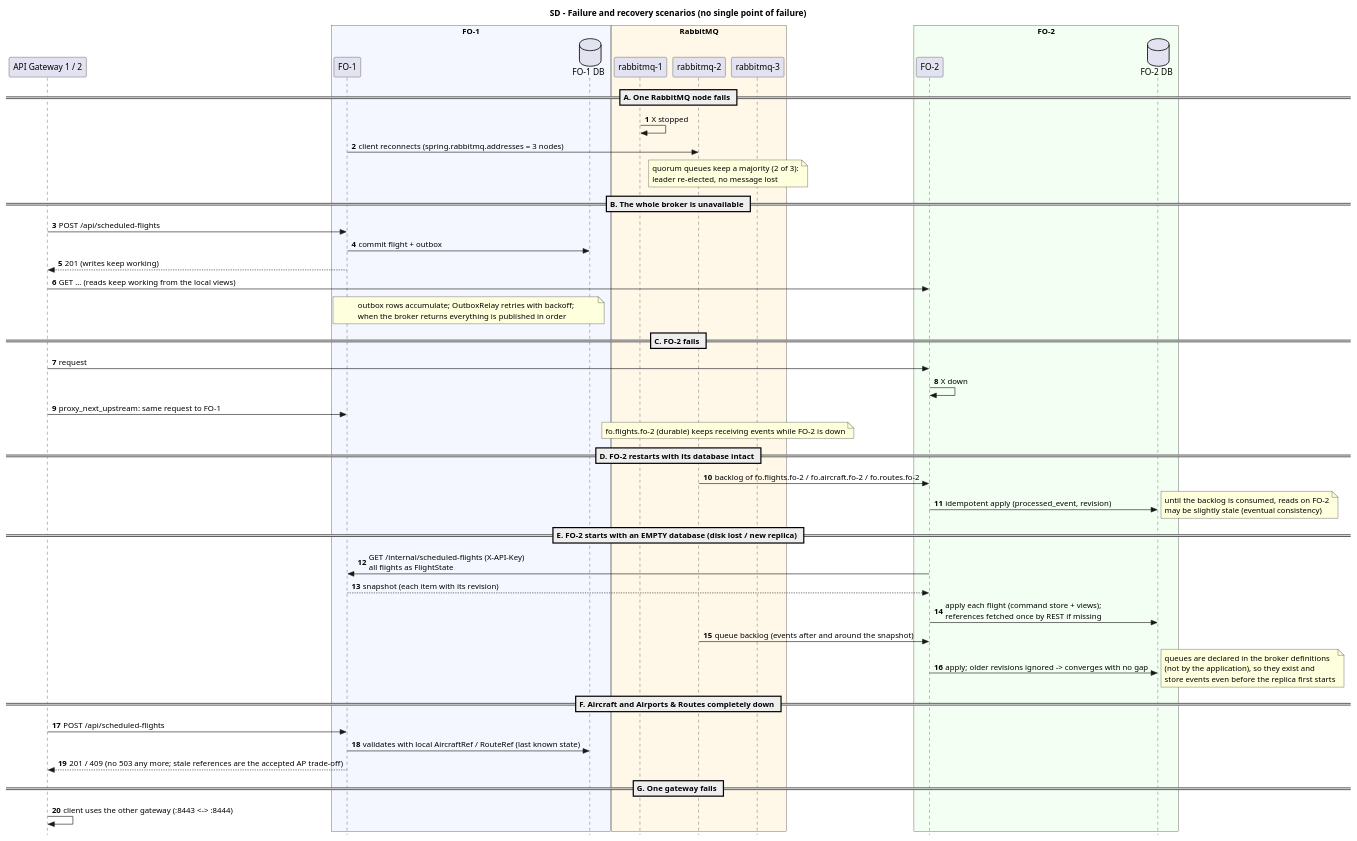
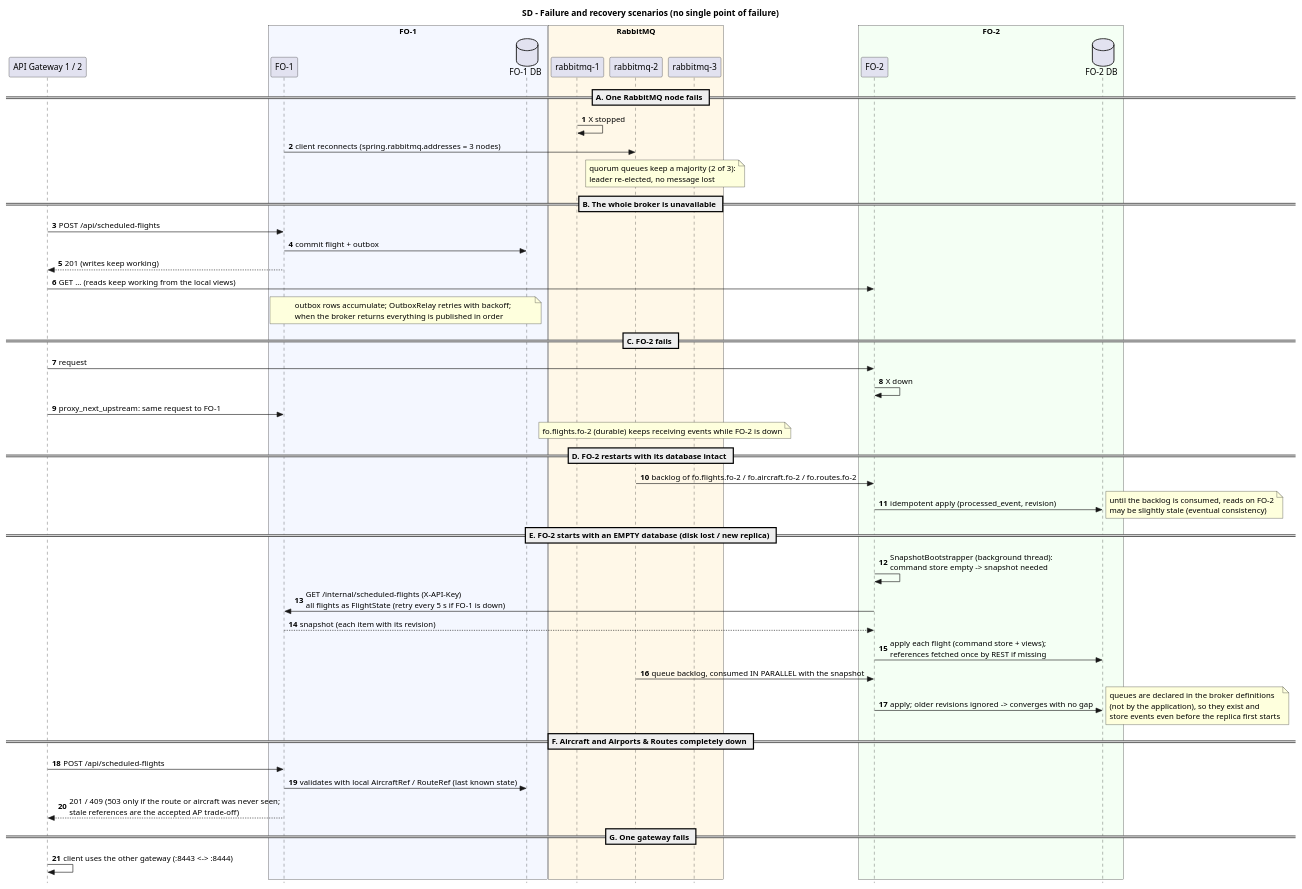
The diagram in Services/Flighting Operations/docs/sd-failure-recovery.puml (anamartasilvaa/SIDIG_AI_Safe), drawn with PlantUML before and after one commit. The commit also changed 3 other files, not shown here.

Commit message:
FO : diagramas corrigidos

```diff
--- a/Services/Flighting Operations/docs/sd-failure-recovery.puml
+++ b/Services/Flighting Operations/docs/sd-failure-recovery.puml
@@ -1,59 +1,60 @@
 @startuml sd-failure-recovery
 skinparam style strictuml
 autonumber
 title SD - Failure and recovery scenarios (no single point of failure)
 
 participant "API Gateway 1 / 2" as GW
 box "FO-1" #F4F7FF
 participant "FO-1" as F1
 database "FO-1 DB" as D1
 end box
 box "RabbitMQ" #FFF8E8
 participant "rabbitmq-1" as R1
 participant "rabbitmq-2" as R2
 participant "rabbitmq-3" as R3
 end box
 box "FO-2" #F4FFF4
 participant "FO-2" as F2
 database "FO-2 DB" as D2
 end box
 
 == A. One RabbitMQ node fails ==
 R1 -> R1 : X stopped
 F1 -> R2 : client reconnects (spring.rabbitmq.addresses = 3 nodes)
 note over R2, R3 : quorum queues keep a majority (2 of 3):\nleader re-elected, no message lost
 
 == B. The whole broker is unavailable ==
 GW -> F1 : POST /api/scheduled-flights
 F1 -> D1 : commit flight + outbox
 F1 --> GW : 201 (writes keep working)
 GW -> F2 : GET ... (reads keep working from the local views)
 note over F1, D1 : outbox rows accumulate; OutboxRelay retries with backoff;\nwhen the broker returns everything is published in order
 
 == C. FO-2 fails ==
 GW -> F2 : request
 F2 -> F2 : X down
 GW -> F1 : proxy_next_upstream: same request to FO-1
 note over R2, R3 : fo.flights.fo-2 (durable) keeps receiving events while FO-2 is down
 
 == D. FO-2 restarts with its database intact ==
 R2 -> F2 : backlog of fo.flights.fo-2 / fo.aircraft.fo-2 / fo.routes.fo-2
 F2 -> D2 : idempotent apply (processed_event, revision)
 note right : until the backlog is consumed, reads on FO-2\nmay be slightly stale (eventual consistency)
 
 == E. FO-2 starts with an EMPTY database (disk lost / new replica) ==
-F2 -> F1 : GET /internal/scheduled-flights (X-API-Key)\nall flights as FlightState
+F2 -> F2 : SnapshotBootstrapper (background thread):\ncommand store empty -> snapshot needed
+F2 -> F1 : GET /internal/scheduled-flights (X-API-Key)\nall flights as FlightState (retry every 5 s if FO-1 is down)
 F1 --> F2 : snapshot (each item with its revision)
 F2 -> D2 : apply each flight (command store + views);\nreferences fetched once by REST if missing
-R2 -> F2 : queue backlog (events after and around the snapshot)
+R2 -> F2 : queue backlog, consumed IN PARALLEL with the snapshot
 F2 -> D2 : apply; older revisions ignored -> converges with no gap
 note right : queues are declared in the broker definitions\n(not by the application), so they exist and\nstore events even before the replica first starts
 
 == F. Aircraft and Airports & Routes completely down ==
 GW -> F1 : POST /api/scheduled-flights
 F1 -> D1 : validates with local AircraftRef / RouteRef (last known state)
-F1 --> GW : 201 / 409 (no 503 any more; stale references are the accepted AP trade-off)
+F1 --> GW : 201 / 409 (503 only if the route or aircraft was never seen;\nstale references are the accepted AP trade-off)
 
 == G. One gateway fails ==
 GW -> GW : client uses the other gateway (:8443 <-> :8444)
 @enduml
```
